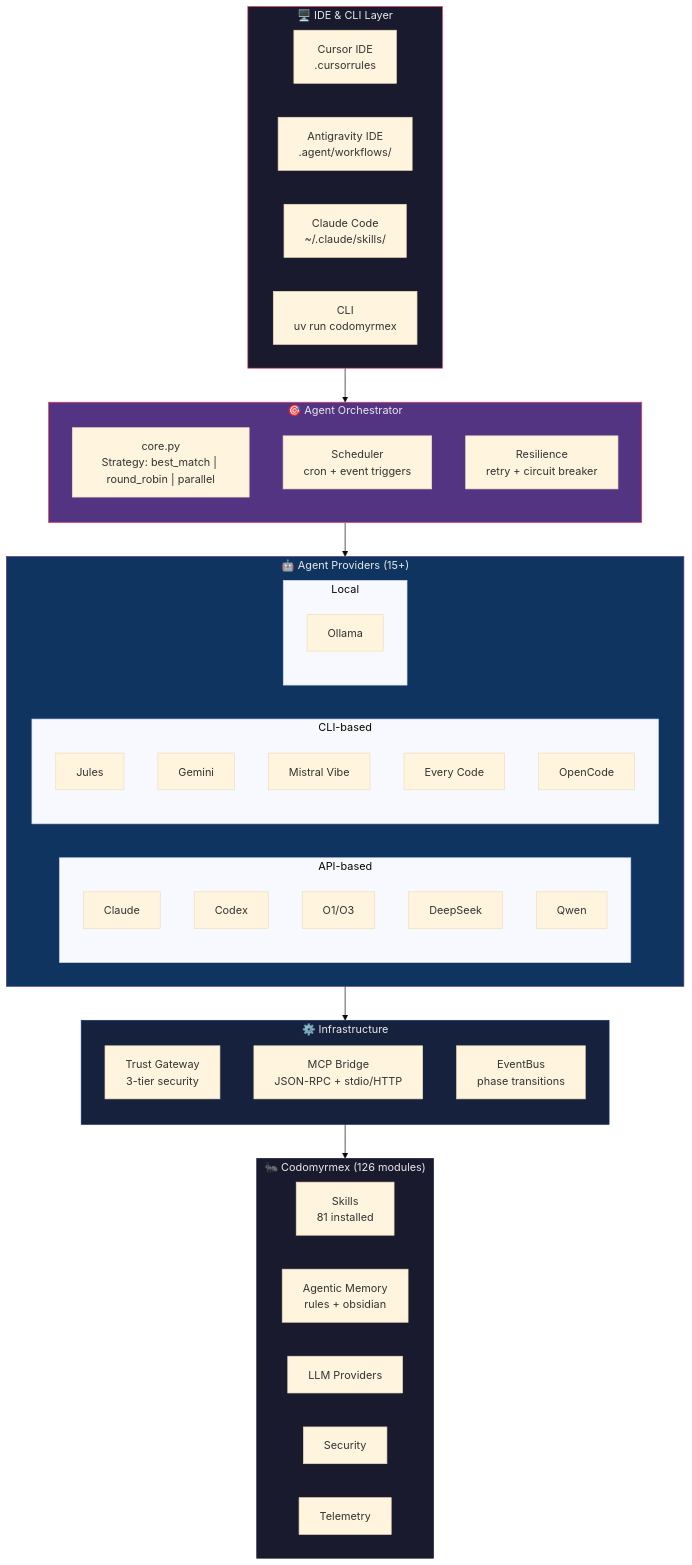
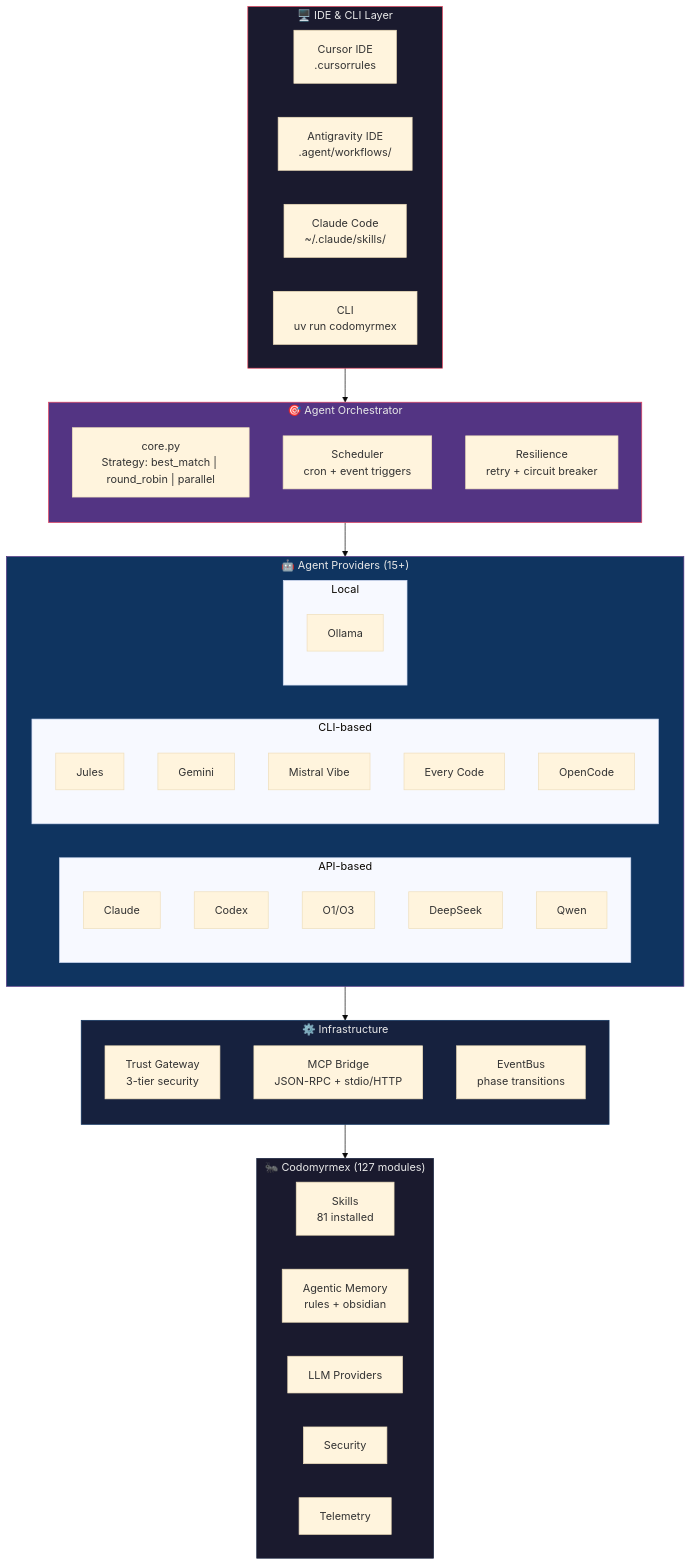
The first of 11 diagrams in docs/getting-started/GETTING_STARTED_WITH_AGENTS.md (docxology/codomyrmex), drawn with Mermaid (base theme) before and after one commit. The commit also changed other lines of this file and 1208 other files, not shown here.

````diff
--- a/docs/getting-started/GETTING_STARTED_WITH_AGENTS.md
+++ b/docs/getting-started/GETTING_STARTED_WITH_AGENTS.md
@@ -13,65 +13,65 @@
 ```mermaid
 graph TB
     subgraph IDE["🖥️ IDE & CLI Layer"]
         direction LR
         CURSOR["Cursor IDE<br/>.cursorrules"]
         ANTIGRAV["Antigravity IDE<br/>.agent/workflows/"]
         CLAUDE_CODE["Claude Code<br/>~/.claude/skills/"]
         CLI["CLI<br/>uv run codomyrmex"]
     end
 
     subgraph ORCH["🎯 Agent Orchestrator"]
         direction TB
         CORE["core.py<br/>Strategy: best_match | round_robin | parallel"]
         SCHED["Scheduler<br/>cron + event triggers"]
         RESILIENCE["Resilience<br/>retry + circuit breaker"]
     end
 
     subgraph AGENTS["🤖 Agent Providers (15+)"]
         direction LR
         subgraph API_AGENTS["API-based"]
             CLAUDE["Claude"]
             CODEX["Codex"]
             O1["O1/O3"]
             DEEPSEEK["DeepSeek"]
             QWEN["Qwen"]
         end
         subgraph CLI_AGENTS["CLI-based"]
             JULES["Jules"]
             GEMINI["Gemini"]
             MISTRAL["Mistral Vibe"]
             EVERYCODE["Every Code"]
             OPENCODE["OpenCode"]
         end
         subgraph LOCAL_AGENTS["Local"]
             OLLAMA["Ollama"]
         end
     end
 
     subgraph INFRA["⚙️ Infrastructure"]
         direction TB
         TRUST["Trust Gateway<br/>3-tier security"]
         MCP["MCP Bridge<br/>JSON-RPC + stdio/HTTP"]
         EVENTS["EventBus<br/>phase transitions"]
     end
 
-    subgraph MODULES["🐜 Codomyrmex (126 modules)"]
+    subgraph MODULES["🐜 Codomyrmex (127 modules)"]
         direction LR
         SKILLS_MOD["Skills<br/>81 installed"]
         MEMORY_MOD["Agentic Memory<br/>rules + obsidian"]
         LLM_MOD["LLM Providers"]
         SEC_MOD["Security"]
         TELEM_MOD["Telemetry"]
     end
 
     IDE --> ORCH
     ORCH --> AGENTS
     AGENTS --> INFRA
     INFRA --> MODULES
 
     style IDE fill:#1a1a2e,stroke:#e94560,color:#e8e8e8
     style ORCH fill:#533483,stroke:#e94560,color:#e8e8e8
     style AGENTS fill:#0f3460,stroke:#533483,color:#e8e8e8
     style INFRA fill:#16213e,stroke:#0f3460,color:#e8e8e8
     style MODULES fill:#1a1a2e,stroke:#16213e,color:#e8e8e8
 ```
````
